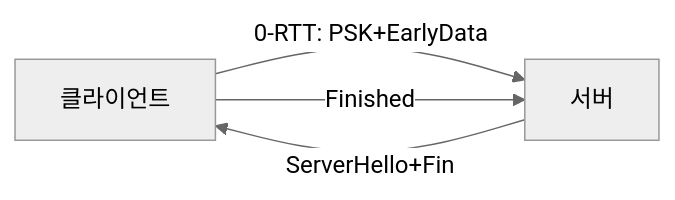
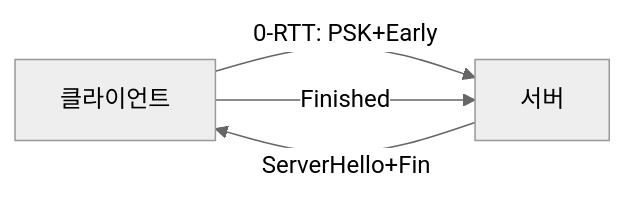
One commit to yjkim2015/yjkim2015.github.io changed the third of 10 diagrams in _posts/network/2026-05-03-https-tls.md. Above: the diagram before and after it, drawn with Mermaid (neutral theme). The commit also changed other lines of this file and 245 other files, not shown here.

First line of the commit message:
Mermaid 다이어그램 전면 수정 + 면접 포인트 접기/펼치기 + DB 데드락 페이지

````diff
--- a/_posts/network/2026-05-03-https-tls.md
+++ b/_posts/network/2026-05-03-https-tls.md
@@ -130,6 +130,6 @@
 ```mermaid
 graph LR
-    C["클라이언트"] -->|"0-RTT: PSK+EarlyData"| S["서버"]
+    C["클라이언트"] -->|"0-RTT: PSK+Early"| S["서버"]
     S -->|"ServerHello+Fin"| C
     C -->|"Finished"| S
 ```
````
